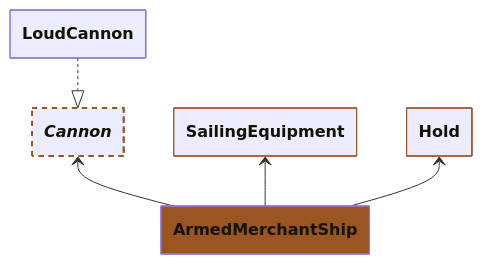
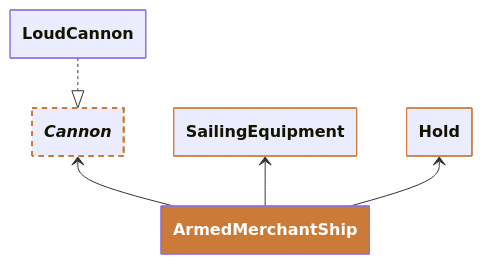
The ninth of 10 diagrams in _posts/2025-08-29-Composite Reuse Principle.md (lewisbar/lewisbar.github.io), drawn with Mermaid before and after one commit. The commit also changed other lines of this file, not shown here.

Commit message:
Improve Mermaid colors to look good in light and dark mode

````diff
--- a/_posts/2025-08-29-Composite Reuse Principle.md
+++ b/_posts/2025-08-29-Composite Reuse Principle.md
@@ -587,21 +587,21 @@
 ```mermaid
 ---
 config:
     class:
         hideEmptyMembersBox: true
 ---
 classDiagram
     class _Cannon_:::abstraction
     class SailingEquipment:::picked
     class Hold:::picked
     class ArmedMerchantShip
-    style ArmedMerchantShip fill:#952
-    classDef picked stroke:#952
-    classDef abstraction stroke:#952,stroke-width:2,stroke-dasharray: 5 5
+    style ArmedMerchantShip fill:#CC7A38,color:white
+    classDef picked stroke:#CC7A38
+    classDef abstraction stroke:#CC7A38,stroke-width:2,stroke-dasharray: 5 5
 
     _Cannon_ <-- ArmedMerchantShip
     SailingEquipment <-- ArmedMerchantShip
     Hold <-- ArmedMerchantShip
     LoudCannon ..|> _Cannon_
 
 ```
````
